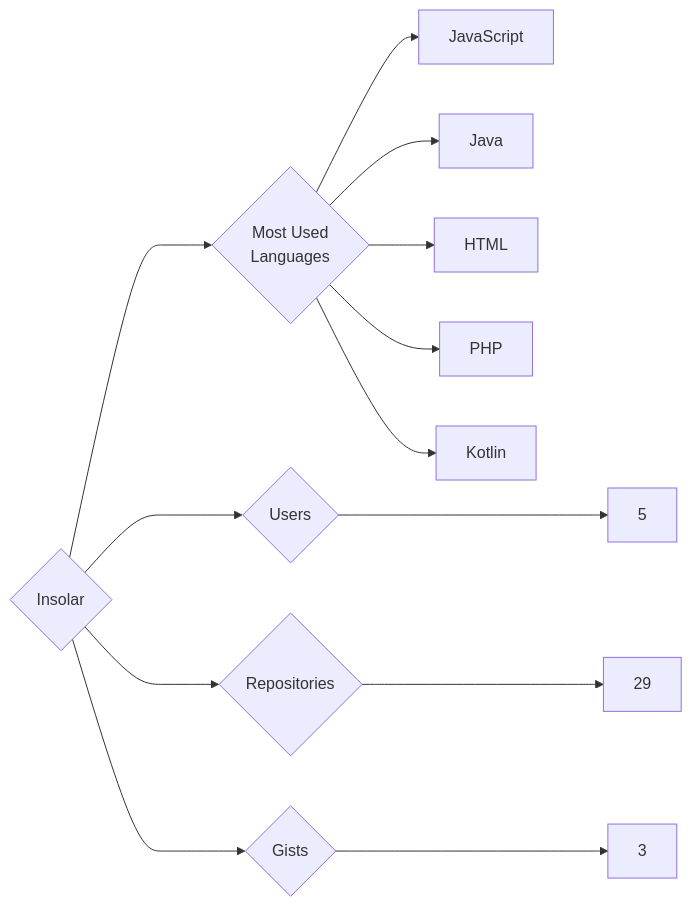
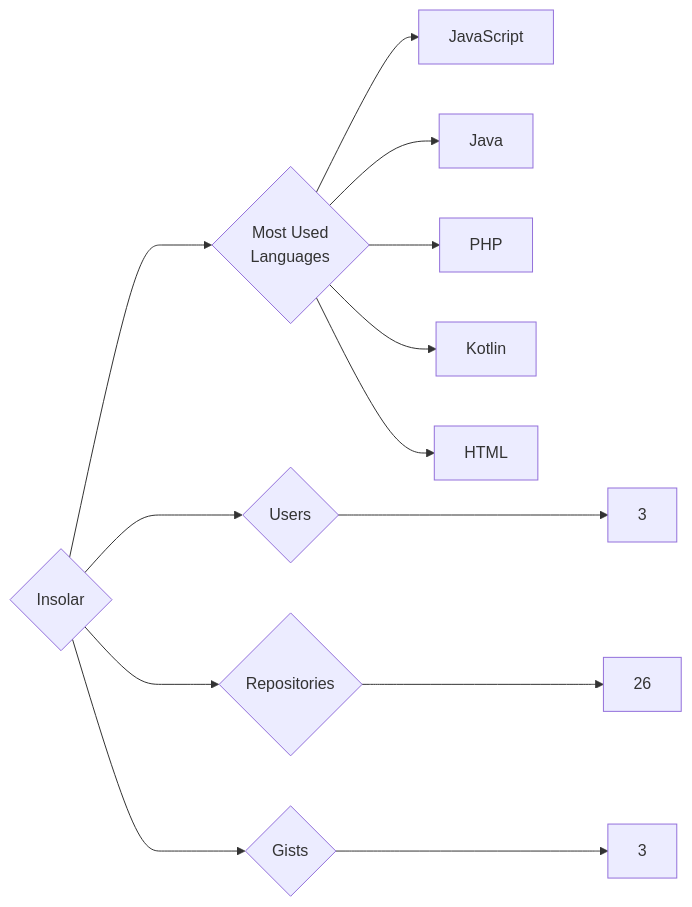
One commit to trickest/insiders changed the diagram in targets/Insolar/README.md. Above: the diagram before and after it, drawn with Mermaid. The commit also changed 1170 other files, not shown here.

````diff
--- a/targets/Insolar/README.md
+++ b/targets/Insolar/README.md
@@ -3,13 +3,13 @@
 ```mermaid
 graph LR
 COMPANY_NAME{Insolar}
-COMPANY_NAME ---> U{Users} ---> UN[5]
-COMPANY_NAME ---> R{Repositories} ---> RN[29]
+COMPANY_NAME ---> U{Users} ---> UN[3]
+COMPANY_NAME ---> R{Repositories} ---> RN[26]
 COMPANY_NAME ---> G{Gists} ---> GN[3]
 COMPANY_NAME ---> ML{Most Used<br>Languages}
 ML --> JavaScript[JavaScript]
 ML --> Java[Java]
-ML --> HTML[HTML]
 ML --> PHP[PHP]
 ML --> Kotlin[Kotlin]
+ML --> HTML[HTML]
 ```
````
